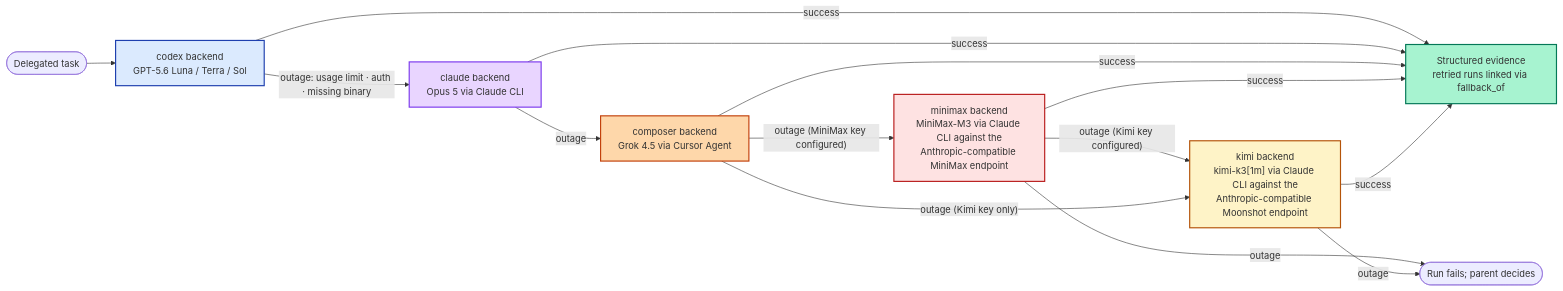
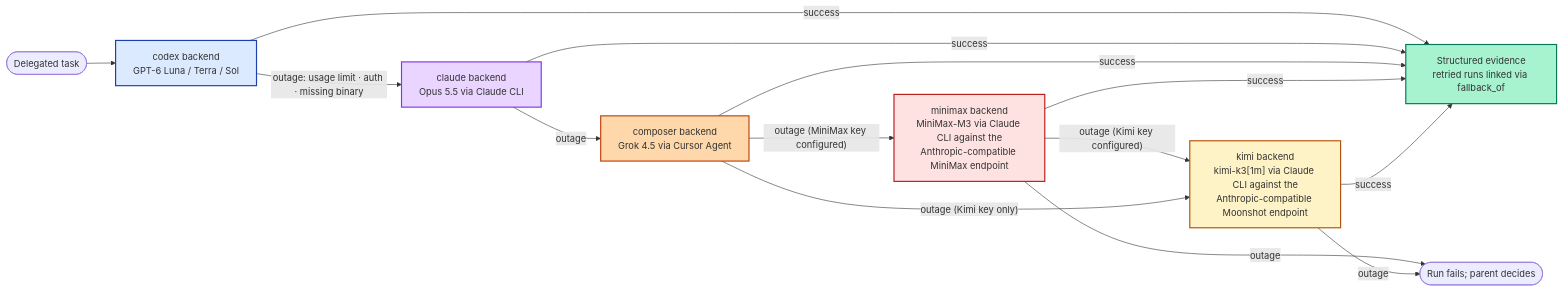
Before and after one commit to andysolomon/arc-orchestrator: the second of 4 diagrams in docs/diagrams/mermaid.md, drawn with Mermaid. The commit also changed other lines of this file and 101 other files, not shown here.

Commit message:
feat: refresh routing for Grok 4.7 Opus 5.5 and GPT-6 (#279)

````diff
--- a/docs/diagrams/mermaid.md
+++ b/docs/diagrams/mermaid.md
@@ -36,29 +36,29 @@
 ```mermaid
 flowchart LR
-    Task([Delegated task]) --> Codex["codex backend<br/>GPT-5.6 Luna / Terra / Sol"]
-    Codex -->|"outage: usage limit · auth · missing binary"| Claude["claude backend<br/>Opus 5 via Claude CLI"]
+    Task([Delegated task]) --> Codex["codex backend<br/>GPT-6 Luna / Terra / Sol"]
+    Codex -->|"outage: usage limit · auth · missing binary"| Claude["claude backend<br/>Opus 5.5 via Claude CLI"]
     Claude -->|outage| Grok["composer backend<br/>Grok 4.5 via Cursor Agent"]
     Grok -->|"outage (MiniMax key configured)"| MiniMax["minimax backend<br/>MiniMax-M3 via Claude CLI against the<br/>Anthropic-compatible MiniMax endpoint"]
     MiniMax -->|"outage (Kimi key configured)"| Kimi["kimi backend<br/>kimi-k3[1m] via Claude CLI against the<br/>Anthropic-compatible Moonshot endpoint"]
     Grok -->|"outage (Kimi key only)"| Kimi
     Codex -->|success| Evidence["Structured evidence<br/>retried runs linked via fallback_of"]
     Claude -->|success| Evidence
     Grok -->|success| Evidence
     MiniMax -->|success| Evidence
     Kimi -->|success| Evidence
     MiniMax -->|outage| Fail(["Run fails; parent decides"])
     Kimi -->|outage| Fail
 
     classDef codex fill:#dbeafe,stroke:#1e40af,stroke-width:2px;
     classDef claude fill:#e9d5ff,stroke:#7c3aed,stroke-width:2px;
     classDef grok fill:#fed7aa,stroke:#c2410c,stroke-width:2px;
     classDef minimax fill:#fee2e2,stroke:#b91c1c,stroke-width:2px;
     classDef kimi fill:#fef3c7,stroke:#b45309,stroke-width:2px;
     classDef evidence fill:#a7f3d0,stroke:#047857,stroke-width:2px;
     class Codex codex;
     class Claude claude;
     class Grok grok;
     class MiniMax minimax;
     class Kimi kimi;
     class Evidence evidence;
 ```
````
